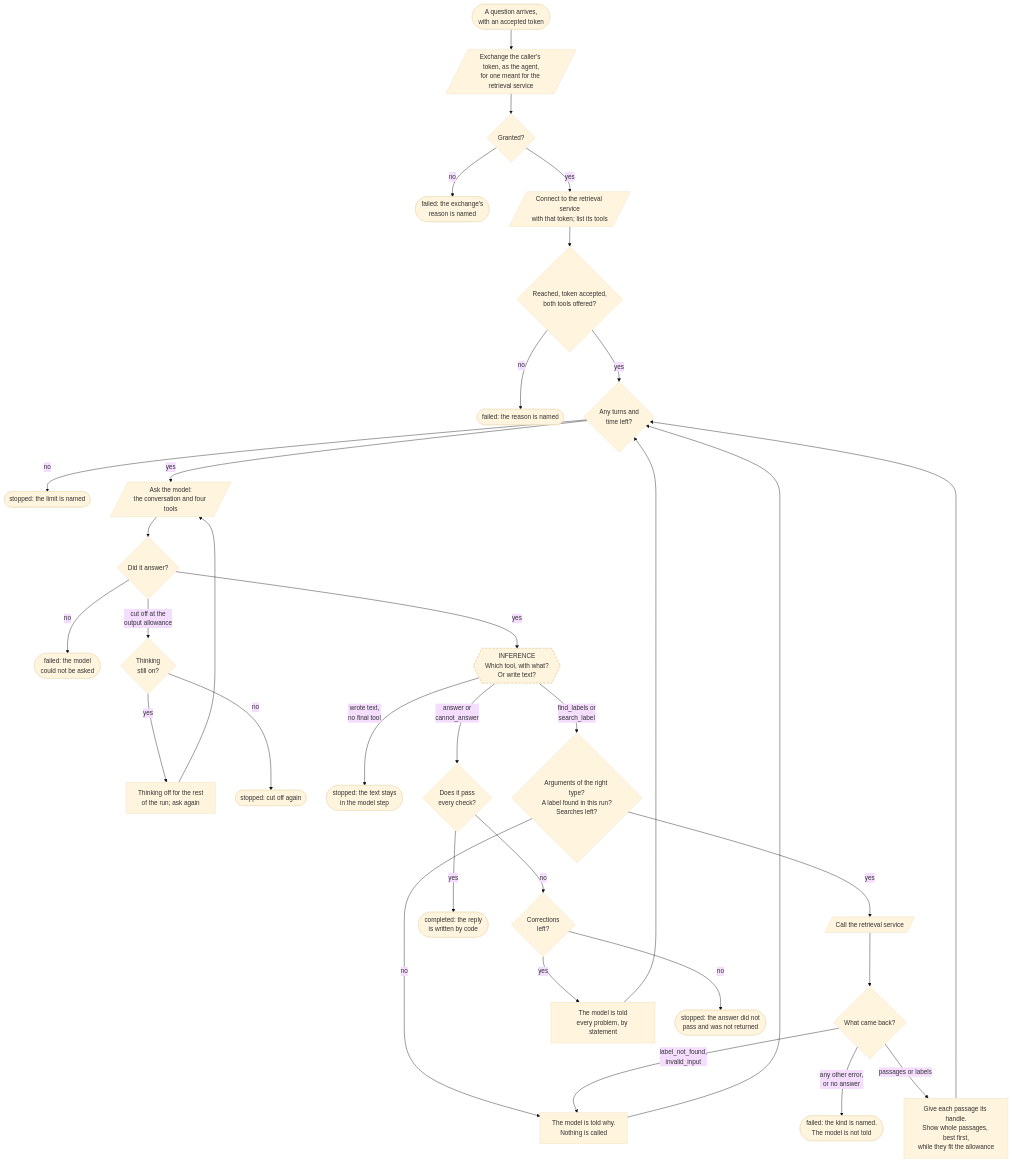
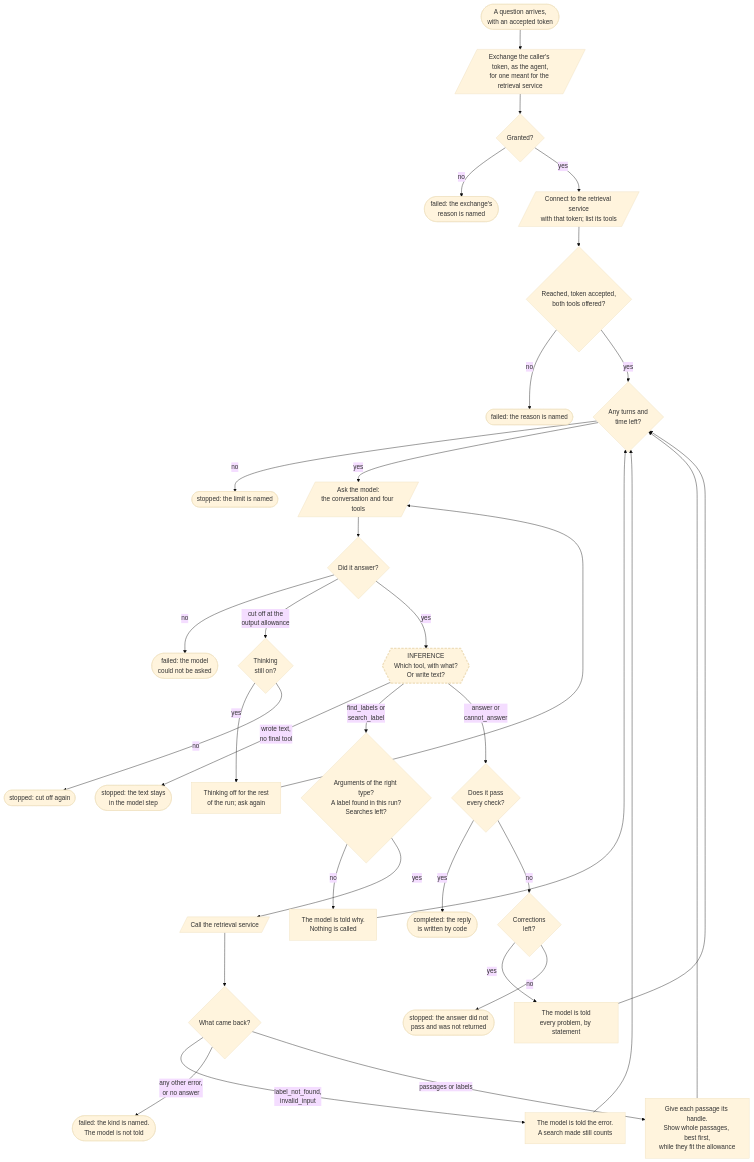
One commit to AndrewPHunter/ai-on-aws changed the diagram in docs/architecture/expert-agent.md. Above: the diagram before and after it, drawn with Mermaid (base theme). The commit also changed other lines of this file and 29 other files, not shown here.

````diff
--- a/docs/architecture/expert-agent.md
+++ b/docs/architecture/expert-agent.md
@@ -43,36 +43,36 @@
 ```mermaid
 flowchart TD
     Arrive(["A question arrives,<br/>with an accepted token"]) --> Exchange[/"Exchange the caller's token, as the agent,<br/>for one meant for the retrieval service"/]
     Exchange --> Granted{"Granted?"}
     Granted -- no --> FailedExchange(["failed: the exchange's<br/>reason is named"])
     Granted -- yes --> Connect[/"Connect to the retrieval service<br/>with that token; list its tools"/]
     Connect --> Reached{"Reached, token accepted,<br/>both tools offered?"}
     Reached -- no --> FailedStart(["failed: the reason is named"])
     Reached -- yes --> Limits{"Any turns and<br/>time left?"}
     Limits -- no --> StoppedLimit(["stopped: the limit is named"])
     Limits -- yes --> Ask[/"Ask the model:<br/>the conversation and four tools"/]
     Ask --> Answered{"Did it answer?"}
     Answered -- no --> FailedModel(["failed: the model<br/>could not be asked"])
     Answered -- "cut off at the<br/>output allowance" --> CutOff{"Thinking<br/>still on?"}
     CutOff -- yes --> ThinkingOff["Thinking off for the rest<br/>of the run; ask again"] --> Ask
     CutOff -- no --> StoppedCut(["stopped: cut off again"])
     Answered -- yes --> Infer{{"INFERENCE<br/>Which tool, with what?<br/>Or write text?"}}
 
     Infer -- "wrote text,<br/>no final tool" --> StoppedText(["stopped: the text stays<br/>in the model step"])
     Infer -- "find_labels or<br/>search_label" --> Allowed{"Arguments of the right type?<br/>A label found in this run?<br/>Searches left?"}
     Allowed -- no --> Tell["The model is told why.<br/>Nothing is called"] --> Limits
     Allowed -- yes --> Call[/"Call the retrieval service"/]
     Call --> Read{"What came back?"}
-    Read -- "label_not_found,<br/>invalid_input" --> Tell
+    Read -- "label_not_found,<br/>invalid_input" --> TellError["The model is told the error.<br/>A search made still counts"] --> Limits
     Read -- "any other error,<br/>or no answer" --> FailedSearch(["failed: the kind is named.<br/>The model is not told"])
     Read -- "passages or labels" --> Show["Give each passage its handle.<br/>Show whole passages, best first,<br/>while they fit the allowance"] --> Limits
 
     Infer -- "answer or<br/>cannot_answer" --> Check{"Does it pass<br/>every check?"}
     Check -- yes --> Completed(["completed: the reply<br/>is written by code"])
     Check -- no --> Corrections{"Corrections<br/>left?"}
     Corrections -- yes --> Problems["The model is told<br/>every problem, by statement"] --> Limits
     Corrections -- no --> StoppedChecks(["stopped: the answer did not<br/>pass and was not returned"])
 
     classDef inference stroke-width:3px,stroke-dasharray:6 3
     class Infer inference
 ```
````
